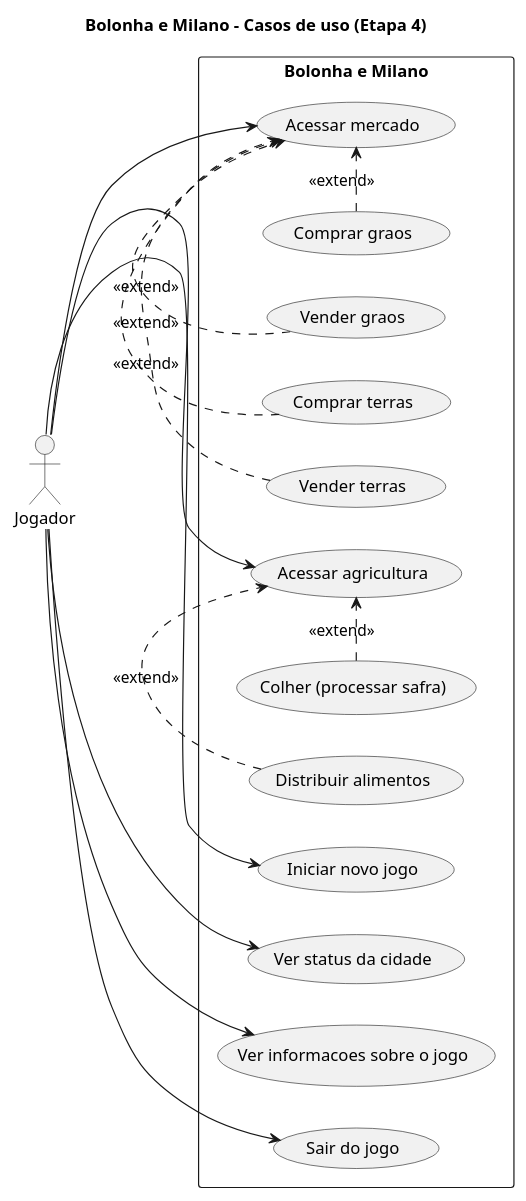
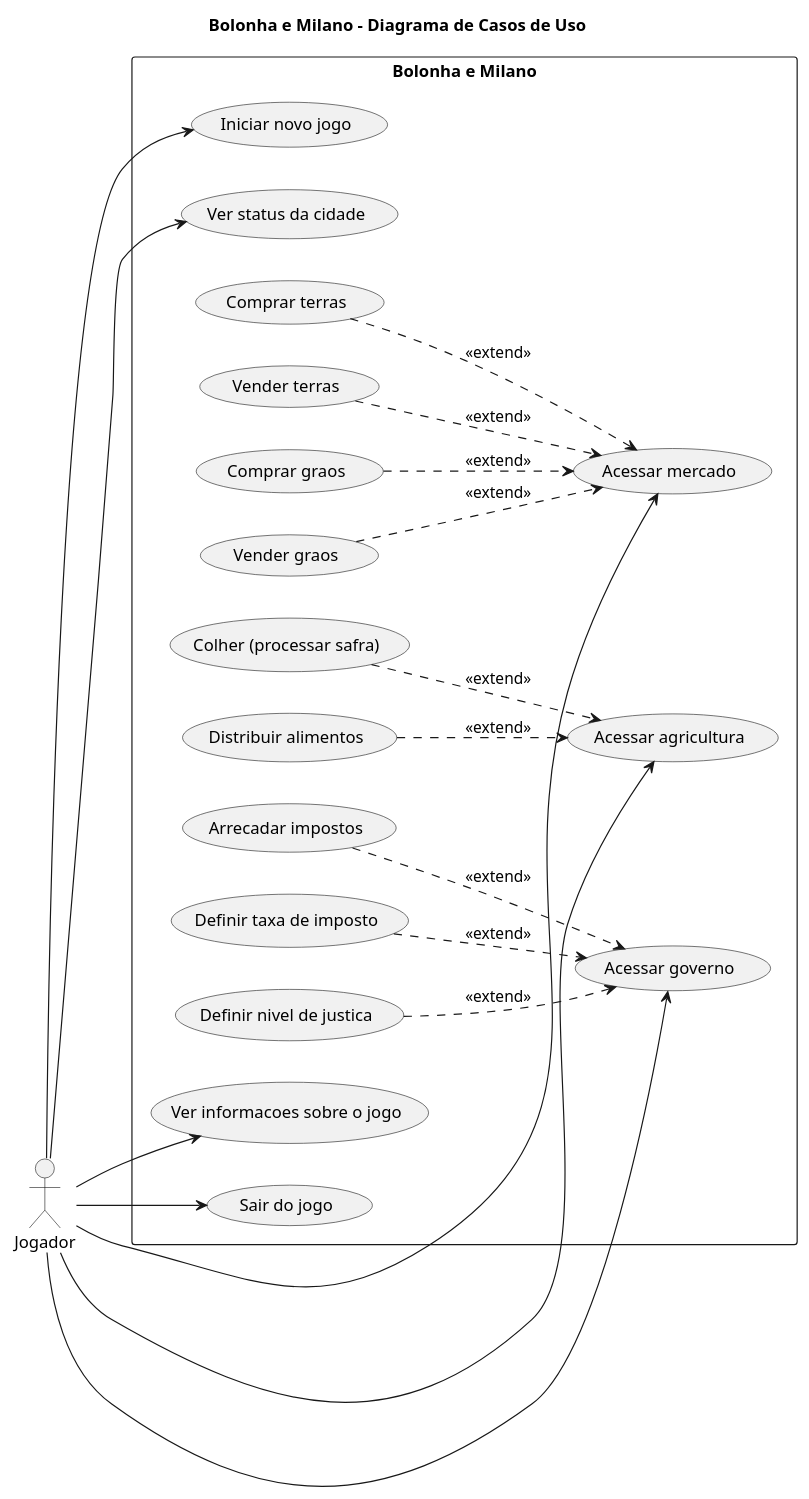
One commit to GabrieldasGracas/bolognaemilano changed the diagram in diagrama-casos-de-uso.puml. Above: the diagram before and after it, drawn with PlantUML. The commit also changed other lines of this file and 3 other files, not shown here.

```diff
--- a/diagrama-casos-de-uso.puml
+++ b/diagrama-casos-de-uso.puml
@@ -1,33 +2,52 @@
 @startuml
-title Bolonha e Milano - Casos de uso (Etapa 4)
+title Bolonha e Milano - Diagrama de Casos de Uso
+
 left to right direction
+
 actor Jogador
 
 rectangle "Bolonha e Milano" {
-  usecase "Iniciar novo jogo" as UC1
-  usecase "Ver status da cidade" as UC2
-  usecase "Acessar mercado" as UC3
-  usecase "Acessar agricultura" as UC10
-  usecase "Ver informacoes sobre o jogo" as UC4
-  usecase "Sair do jogo" as UC5
-  usecase "Comprar graos" as UC6
-  usecase "Vender graos" as UC7
-  usecase "Comprar terras" as UC8
-  usecase "Vender terras" as UC9
-  usecase "Colher (processar safra)" as UC11
-  usecase "Distribuir alimentos" as UC12
+
+    usecase "Iniciar novo jogo" as UC1
+    usecase "Ver status da cidade" as UC2
+
+    usecase "Acessar mercado" as UC3
+    usecase "Comprar graos" as UC4
+    usecase "Vender graos" as UC5
+    usecase "Comprar terras" as UC6
+    usecase "Vender terras" as UC7
+
+    usecase "Acessar agricultura" as UC8
+    usecase "Colher (processar safra)" as UC9
+    usecase "Distribuir alimentos" as UC10
+
+    usecase "Acessar governo" as UC11
+    usecase "Arrecadar impostos" as UC12
+    usecase "Definir taxa de imposto" as UC13
+    usecase "Definir nivel de justica" as UC14
+
+    usecase "Ver informacoes sobre o jogo" as UC15
+    usecase "Sair do jogo" as UC16
 }
 
 Jogador --> UC1
 Jogador --> UC2
 Jogador --> UC3
-Jogador --> UC10
-Jogador --> UC4
-Jogador --> UC5
-UC6 .> UC3 : <<extend>>
-UC7 .> UC3 : <<extend>>
-UC8 .> UC3 : <<extend>>
-UC9 .> UC3 : <<extend>>
-UC11 .> UC10 : <<extend>>
-UC12 .> UC10 : <<extend>>
+Jogador --> UC8
+Jogador --> UC11
+Jogador --> UC15
+Jogador --> UC16
+
+UC4 ..> UC3 : <<extend>>
+UC5 ..> UC3 : <<extend>>
+UC6 ..> UC3 : <<extend>>
+UC7 ..> UC3 : <<extend>>
+
+UC9 ..> UC8 : <<extend>>
+UC10 ..> UC8 : <<extend>>
+
+UC12 ..> UC11 : <<extend>>
+UC13 ..> UC11 : <<extend>>
+UC14 ..> UC11 : <<extend>>
+
 @enduml
```
